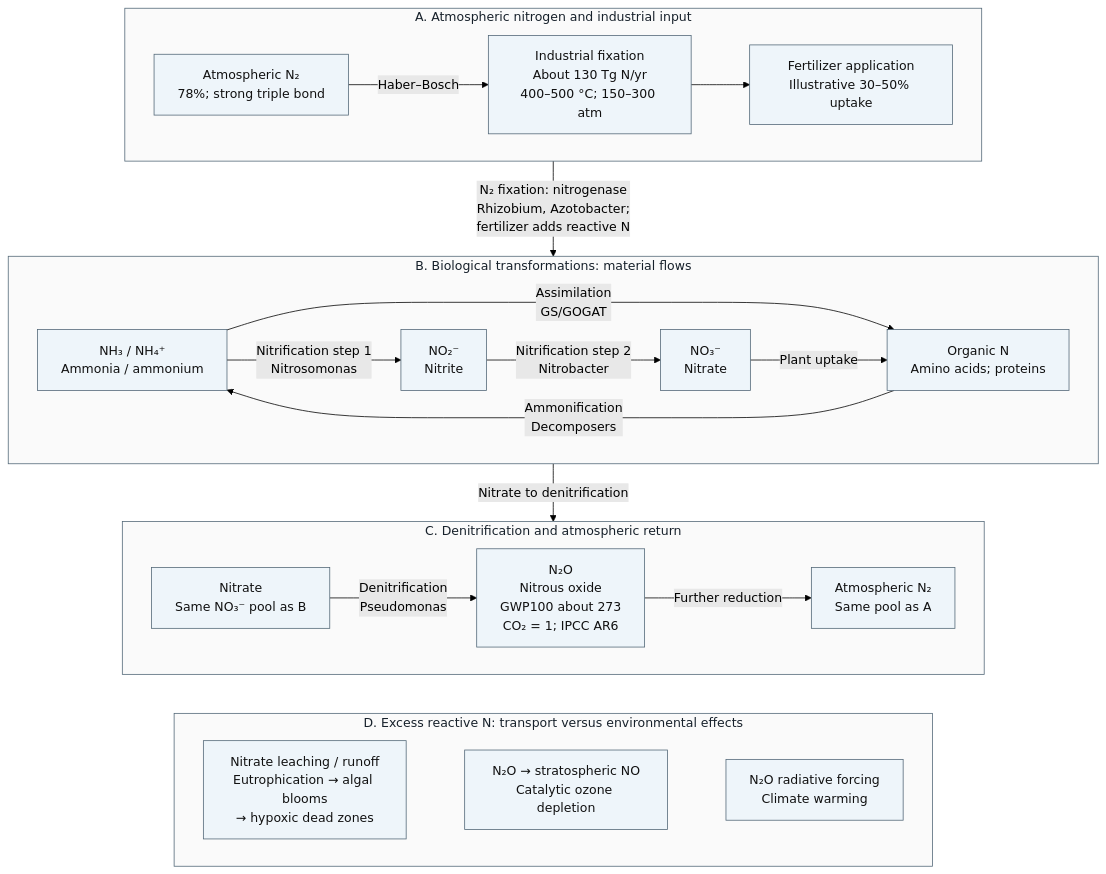
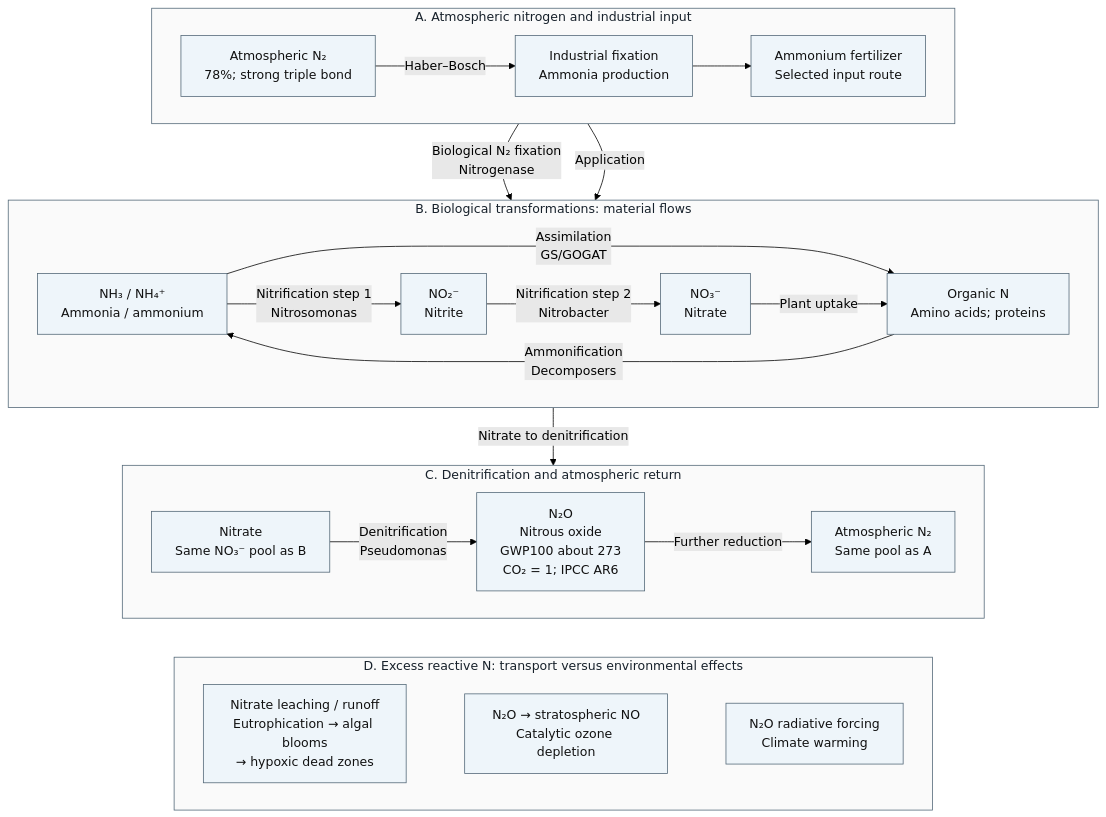
The third of 4 diagrams in docs/manuscript/unit_X/ecosystem_ecology.md (docxology/biology_textbook), drawn with Mermaid (forest theme) before and after one commit. The commit also changed other lines of this file and 23 other files, not shown here.

````diff
--- a/docs/manuscript/unit_X/ecosystem_ecology.md
+++ b/docs/manuscript/unit_X/ecosystem_ecology.md
@@ -429,41 +431,42 @@
 ```mermaid
 ---
 config:
   layout: dagre
 ---
 flowchart TD
     subgraph Inputs["A. Atmospheric nitrogen and industrial input"]
         direction LR
-        N2["Atmospheric N₂<br/>78%; strong triple bond"] -->|"Haber–Bosch"| HB["Industrial fixation<br/>About 130 Tg N/yr<br/>400–500 °C; 150–300 atm"]
-        HB --> FERT["Fertilizer application<br/>Illustrative 30–50% uptake"]
+        N2["Atmospheric N₂<br/>78%; strong triple bond"] -->|"Haber–Bosch"| HB["Industrial fixation<br/>Ammonia production"]
+        HB --> FERT["Ammonium fertilizer<br/>Selected input route"]
     end
     subgraph Biological["B. Biological transformations: material flows"]
         direction LR
         NH3["NH₃ / NH₄⁺<br/>Ammonia / ammonium"] -->|"Nitrification step 1<br/>Nitrosomonas"| NO2["NO₂⁻<br/>Nitrite"]
         NO2 -->|"Nitrification step 2<br/>Nitrobacter"| NO3["NO₃⁻<br/>Nitrate"]
         NH3 -->|"Assimilation<br/>GS/GOGAT"| ORG["Organic N<br/>Amino acids; proteins"]
         ORG -->|"Ammonification<br/>Decomposers"| NH3
         NO3 -->|"Plant uptake"| ORG
     end
     subgraph Returns["C. Denitrification and atmospheric return"]
         direction LR
         NR["Nitrate<br/>Same NO₃⁻ pool as B"] -->|"Denitrification<br/>Pseudomonas"| N2O["N₂O<br/>Nitrous oxide<br/>GWP100 about 273<br/>CO₂ = 1; IPCC AR6"]
         N2O -->|"Further reduction"| N2R["Atmospheric N₂<br/>Same pool as A"]
     end
     subgraph Effects["D. Excess reactive N: transport versus environmental effects"]
         direction LR
         EUTR["Nitrate leaching / runoff<br/>Eutrophication → algal blooms<br/>→ hypoxic dead zones"]
         OZONE["N₂O → stratospheric NO<br/>Catalytic ozone depletion"]
         WARM["N₂O radiative forcing<br/>Climate warming"]
         EUTR ~~~ OZONE ~~~ WARM
     end
-    Inputs -->|"N₂ fixation: nitrogenase<br/>Rhizobium, Azotobacter;<br/>fertilizer adds reactive N"| Biological
+    N2 -->|"Biological N₂ fixation<br/>Nitrogenase"| NH3
+    FERT -->|"Application"| NH3
     Biological -->|"Nitrate to denitrification"| Returns
     Returns ~~~ Effects
     classDef readable fill:#eef5fa,stroke:#526777,color:#111111
     class N2,HB,FERT,NH3,NO2,NO3,ORG,NR,N2O,N2R,EUTR,OZONE,WARM readable
     style Inputs fill:#fafafa,stroke:#526777,color:#17212b
     style Biological fill:#fafafa,stroke:#526777,color:#17212b
     style Returns fill:#fafafa,stroke:#526777,color:#17212b
     style Effects fill:#fafafa,stroke:#526777,color:#17212b
 ```
````
